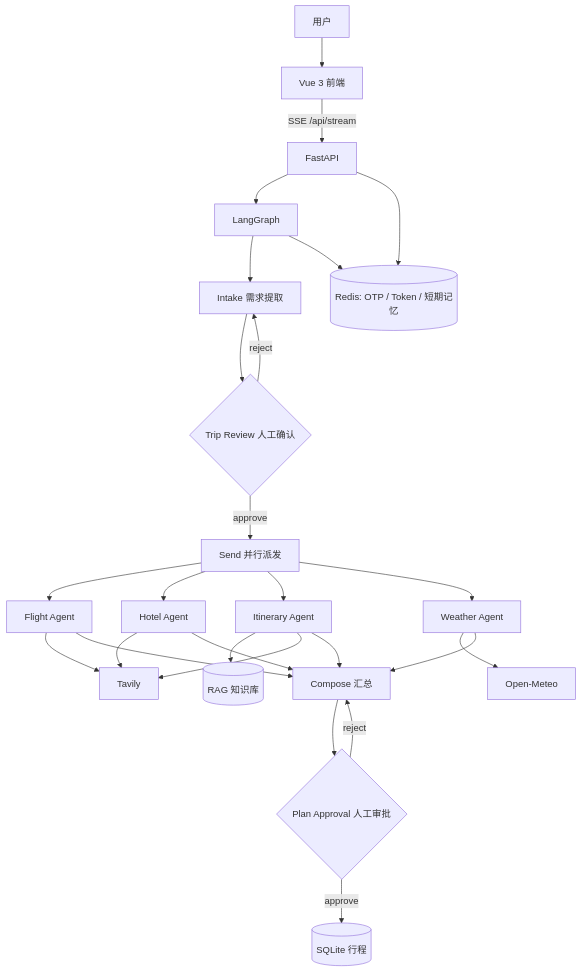
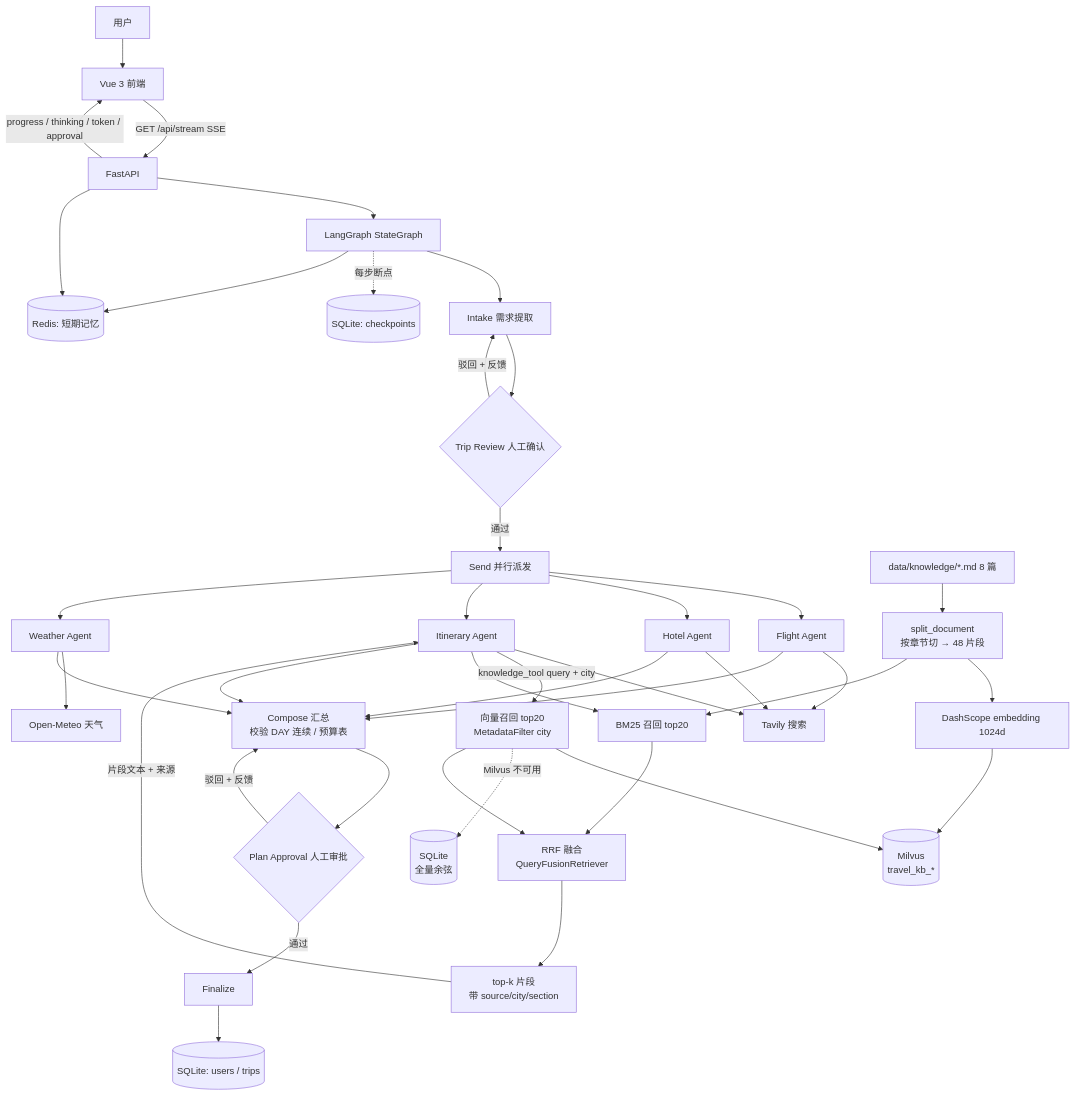
Before and after one commit to TamakoAnko/AI-Travel-Agent: the diagram in README.md, drawn with Mermaid.

Commit message:
docs: redraw architecture diagram with LlamaIndex retrieval chain

````diff
--- a/README.md
+++ b/README.md
@@ -22,28 +22,52 @@
 ```mermaid
 flowchart TD
     U[用户] --> FE[Vue 3 前端]
-    FE -->|SSE /api/stream| API[FastAPI]
-    API --> G[LangGraph]
+    FE -->|GET /api/stream  SSE| API[FastAPI]
+    API -->|progress / thinking / token / approval| FE
+
+    API --> G[LangGraph StateGraph]
     G --> IN[Intake 需求提取]
     IN --> RV{Trip Review 人工确认}
-    RV -->|approve| FAN[Send 并行派发]
-    RV -->|reject| IN
+    RV -->|驳回 + 反馈| IN
+    RV -->|通过| FAN[Send 并行派发]
+
     FAN --> FL[Flight Agent]
     FAN --> HO[Hotel Agent]
     FAN --> IT[Itinerary Agent]
     FAN --> WE[Weather Agent]
-    FL --> T1[Tavily]
+
+    FL --> T1[Tavily 搜索]
     HO --> T1
-    IT --> RAG[(RAG 知识库)]
     IT --> T1
-    WE --> T2[Open-Meteo]
-    FL --> CP[Compose 汇总]
+    WE --> T2[Open-Meteo 天气]
+
+    %% ---- 在线检索链路 ----
+    IT -->|knowledge_tool query + city| VR[向量召回 top20<br/>MetadataFilter city]
+    IT --> BM[BM25 召回 top20]
+    VR --> MV[(Milvus<br/>travel_kb_*)]
+    VR -. Milvus 不可用 .-> SQ[(SQLite<br/>全量余弦)]
+    VR --> RRF[RRF 融合<br/>QueryFusionRetriever]
+    BM --> RRF
+    RRF --> TOP[top-k 片段<br/>带 source/city/section]
+    TOP -->|片段文本 + 来源| IT
+
+    %% ---- 离线建库 ----
+    DOC[data/knowledge/*.md 8 篇] --> SP[split_document<br/>按章节切 → 48 片段]
+    SP --> EMB[DashScope embedding 1024d]
+    EMB --> MV
+    SP --> BM
+
+    FL --> CP[Compose 汇总<br/>校验 DAY 连续 / 预算表]
     HO --> CP
     IT --> CP
     WE --> CP
+
     CP --> AP{Plan Approval 人工审批}
-    AP -->|approve| DB[(SQLite 行程)]
-    AP -->|reject| CP
-    API --> RD[(Redis: OTP / Token / 短期记忆)]
-    G --> RD
+    AP -->|驳回 + 反馈| CP
+    AP -->|通过| FIN[Finalize]
+    FIN --> DB[(SQLite: users / trips)]
+
+    G -.每步断点.-> CK[(SQLite: checkpoints)]
+    G --> RD[(Redis: 短期记忆)]
+    API --> RD
 ```
````
